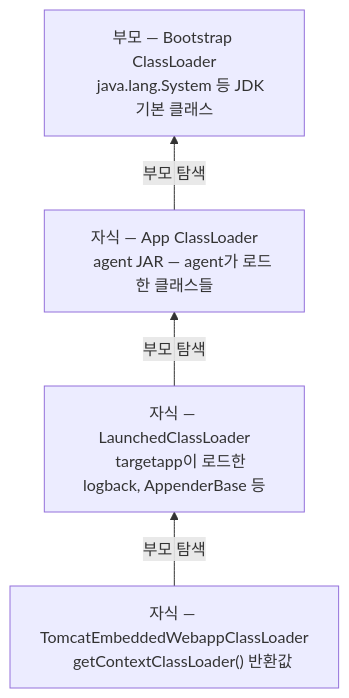
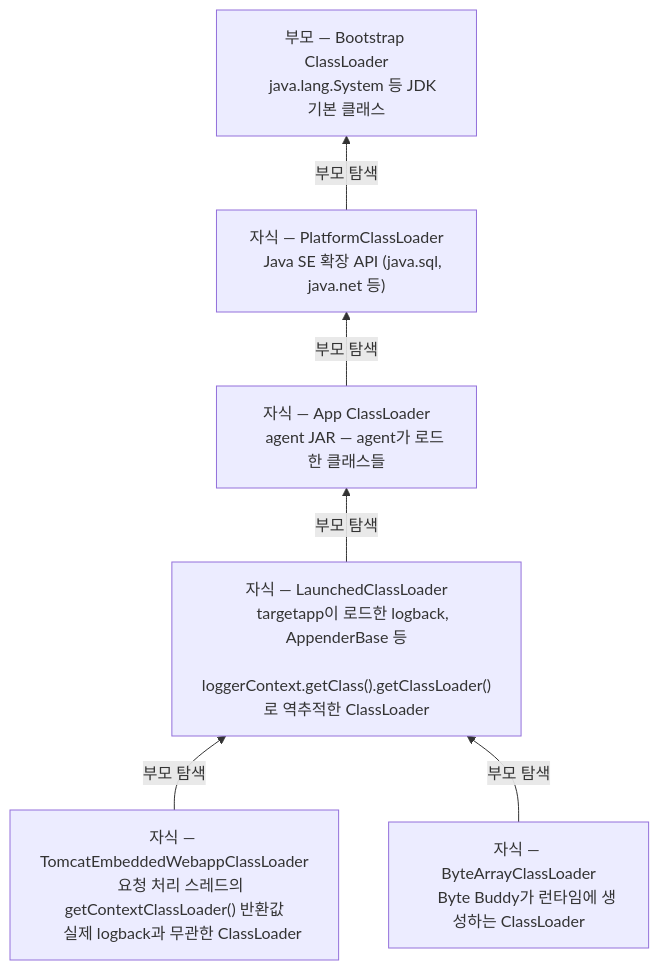
Before and after one commit to buss-sooin/apm-observatory: the first of 2 diagrams in README.md, drawn with Mermaid. The commit also changed other lines of this file and 2 other files, not shown here.

Commit message:
develop classLoader Util class completed, update README.md

````diff
--- a/README.md
+++ b/README.md
@@ -458,15 +528,23 @@
 ```mermaid
 graph BT
-    D["자식 — TomcatEmbeddedWebappClassLoader
-    getContextClassLoader() 반환값"]
+    E["자식 — TomcatEmbeddedWebappClassLoader
+    요청 처리 스레드의 getContextClassLoader() 반환값
+    실제 logback과 무관한 ClassLoader"]
+    D["자식 — ByteArrayClassLoader
+    Byte Buddy가 런타임에 생성하는 ClassLoader"]
     C["자식 — LaunchedClassLoader
-    targetapp이 로드한 logback, AppenderBase 등"]
+    targetapp이 로드한 logback, AppenderBase 등
+    loggerContext.getClass().getClassLoader()로 역추적한 ClassLoader"]
     B["자식 — App ClassLoader
     agent JAR — agent가 로드한 클래스들"]
+    P["자식 — PlatformClassLoader
+    Java SE 확장 API (java.sql, java.net 등)"]
     A["부모 — Bootstrap ClassLoader
     java.lang.System 등 JDK 기본 클래스"]
 
+    E -->|"부모 탐색"| C
     D -->|"부모 탐색"| C
     C -->|"부모 탐색"| B
-    B -->|"부모 탐색"| A
+    B -->|"부모 탐색"| P
+    P -->|"부모 탐색"| A
 ```
````
